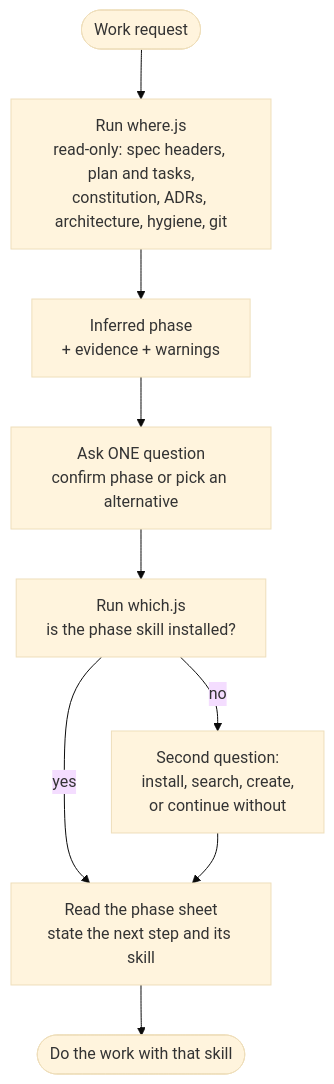
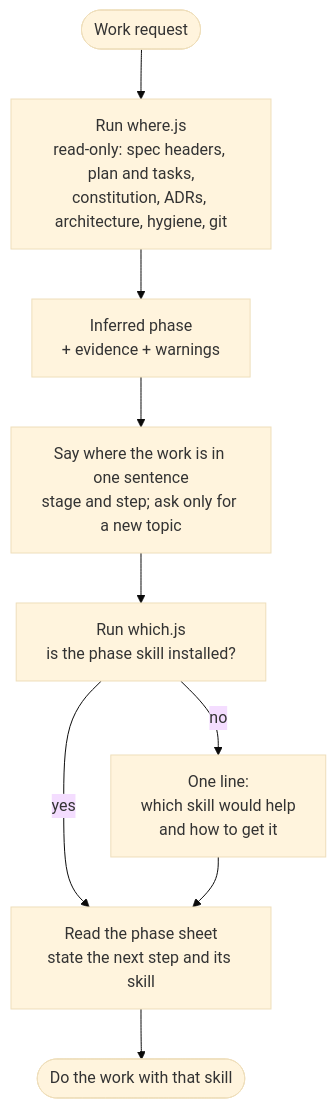
The third of 3 diagrams in docs/sdlc-flow.md (PapiScholz/SDLC-Assist), drawn with Mermaid (base theme) before and after one commit. The commit also changed other lines of this file and 33 other files, not shown here.

````diff
--- a/docs/sdlc-flow.md
+++ b/docs/sdlc-flow.md
@@ -63,11 +64,11 @@
 ```mermaid
 flowchart TD
     S([Work request]) --> W["Run where.js<br/>read-only: spec headers, plan and tasks,<br/>constitution, ADRs, architecture, hygiene, git"]
     W --> I["Inferred phase<br/>+ evidence + warnings"]
-    I --> Q["Ask ONE question<br/>confirm phase or pick an alternative"]
+    I --> Q["Say where the work is in one sentence<br/>stage and step; ask only for a new topic"]
     Q --> K["Run which.js<br/>is the phase skill installed?"]
-    K -->|no| M["Second question:<br/>install, search, create,<br/>or continue without"]
+    K -->|no| M["One line:<br/>which skill would help<br/>and how to get it"]
     K -->|yes| N
     M --> N["Read the phase sheet<br/>state the next step and its skill"]
     N --> Z([Do the work with that skill])
 ```
````
